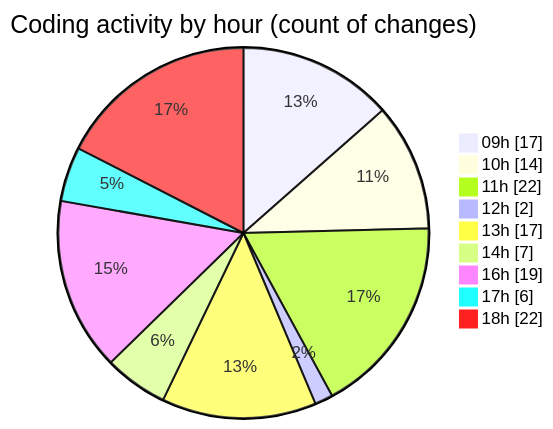
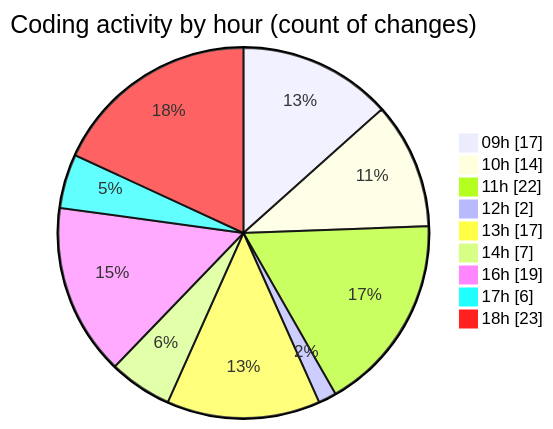
The second of 2 diagrams in 2026-04-28/cda/README.md (momahboobian/code-tracking), drawn with Mermaid before and after one commit. The commit also changed other lines of this file and 1 other file, not shown here.

````diff
--- a/2026-04-28/cda/README.md
+++ b/2026-04-28/cda/README.md
@@ -59,13 +59,13 @@
 ```mermaid
 pie showData
 title Coding activity by hour (count of changes)
 "09h" : 17
 "10h" : 14
 "11h" : 22
 "12h" : 2
 "13h" : 17
 "14h" : 7
 "16h" : 19
 "17h" : 6
-"18h" : 22
+"18h" : 23
 ```
````
